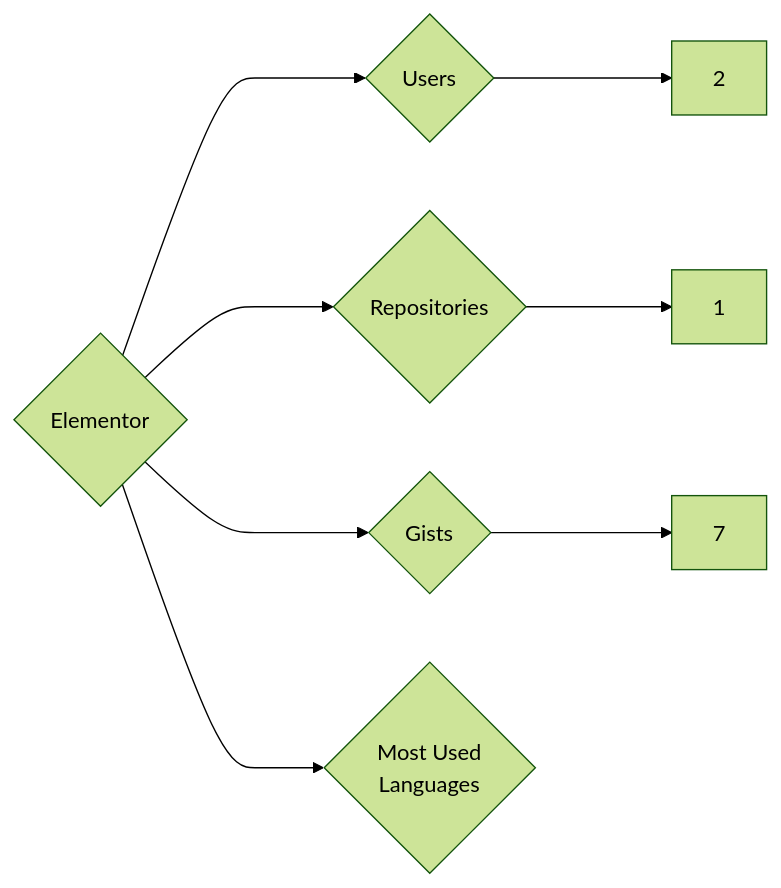
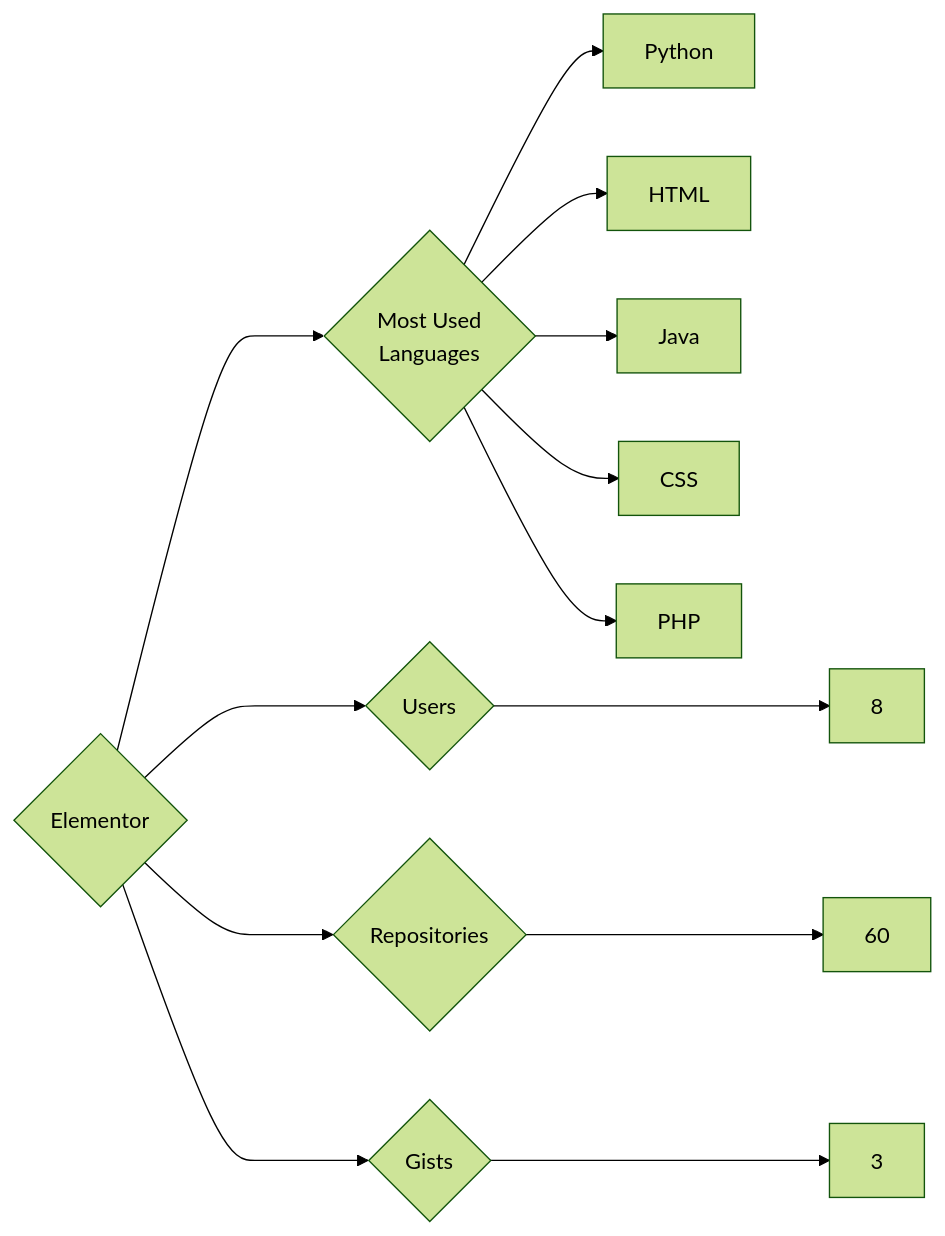
The diagram in targets/Elementor/README.md (trickest/insiders), drawn with Mermaid (forest theme) before and after one commit. The commit also changed 1078 other files, not shown here.

````diff
--- a/targets/Elementor/README.md
+++ b/targets/Elementor/README.md
@@ -3,8 +3,13 @@
 ```mermaid
 graph LR
 COMPANY_NAME{Elementor}
-COMPANY_NAME ---> U{Users} ---> UN[2]
-COMPANY_NAME ---> R{Repositories} ---> RN[1]
-COMPANY_NAME ---> G{Gists} ---> GN[7]
+COMPANY_NAME ---> U{Users} ---> UN[8]
+COMPANY_NAME ---> R{Repositories} ---> RN[60]
+COMPANY_NAME ---> G{Gists} ---> GN[3]
 COMPANY_NAME ---> ML{Most Used<br>Languages}
+ML --> Python[Python]
+ML --> HTML[HTML]
+ML --> Java[Java]
+ML --> CSS[CSS]
+ML --> PHP[PHP]
 ```
````
